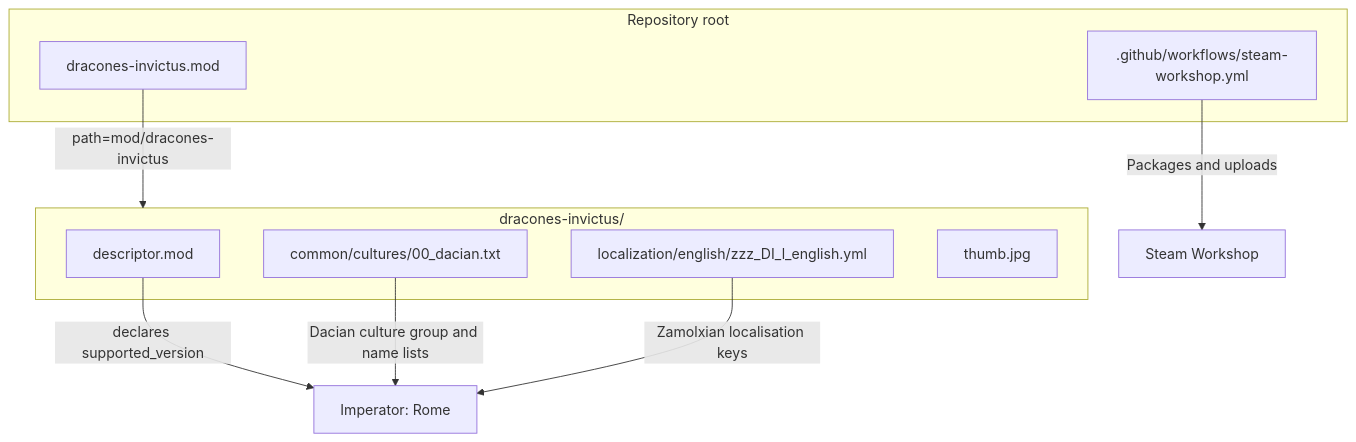
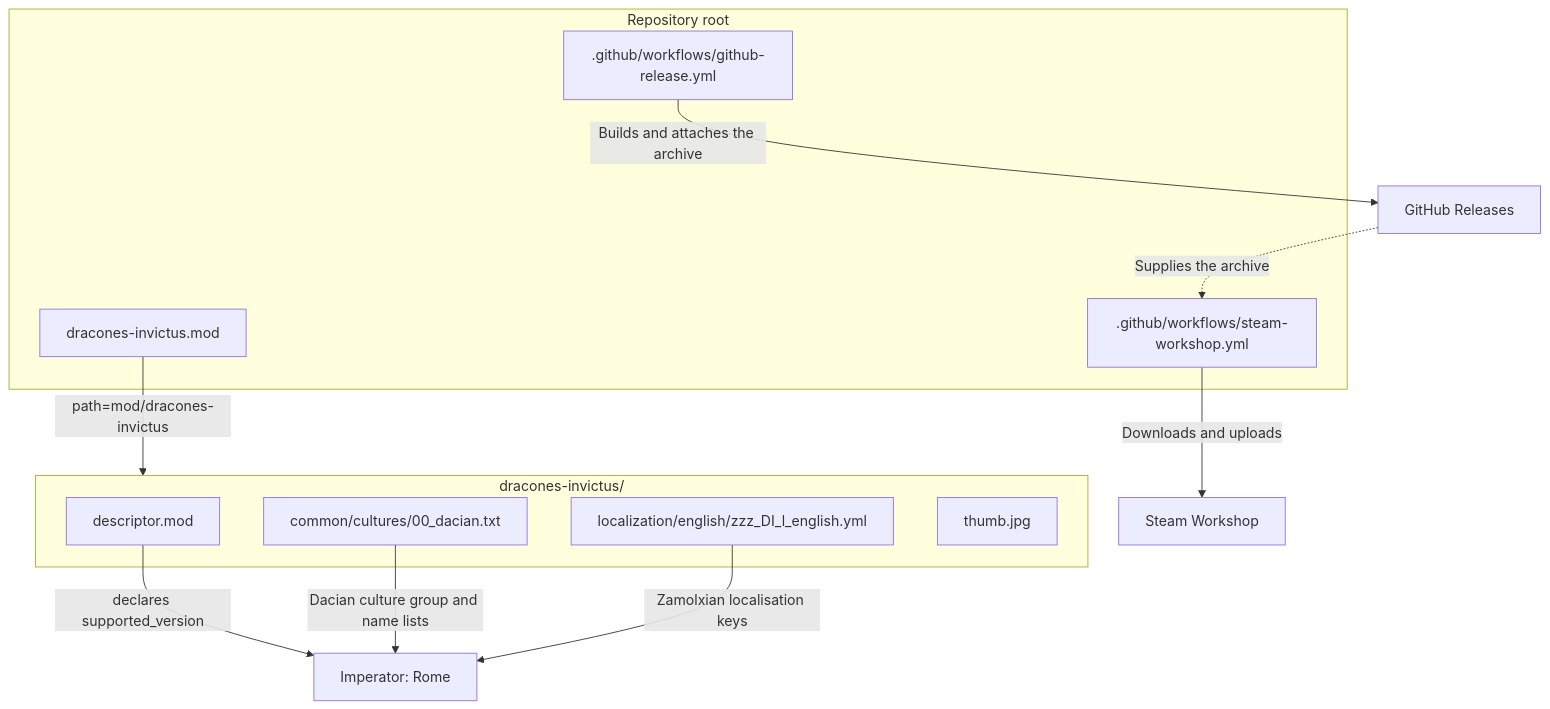
One commit to hmlendea/imperator-dracones-invictus changed the second of 5 diagrams in ARCHITECTURE.md. Above: the diagram before and after it, drawn with Mermaid. The commit also changed other lines of this file and 23 other files, not shown here.

Commit message:
ci: Created the GitHub Release workflow

````diff
--- a/ARCHITECTURE.md
+++ b/ARCHITECTURE.md
@@ -75,18 +75,21 @@
 ```mermaid
 flowchart TB
     subgraph Mod[dracones-invictus/]
         Descriptors[descriptor.mod]
         Cultures[common/cultures/00_dacian.txt]
         Loc[localization/english/zzz_DI_l_english.yml]
         Thumb[thumb.jpg]
     end
     subgraph Repo[Repository root]
         RootMod[dracones-invictus.mod]
+        ReleaseWorkflow[.github/workflows/github-release.yml]
         Workflow[.github/workflows/steam-workshop.yml]
     end
     RootMod -->|path=mod/dracones-invictus| Mod
     Descriptors -->|declares supported_version| Game[Imperator: Rome]
     Cultures -->|Dacian culture group and name lists| Game
     Loc -->|Zamolxian localisation keys| Game
-    Workflow -->|Packages and uploads| Workshop[Steam Workshop]
+    ReleaseWorkflow -->|Builds and attaches the archive| Releases[GitHub Releases]
+    Workflow -->|Downloads and uploads| Workshop[Steam Workshop]
+    Releases -.->|Supplies the archive| Workflow
 ```
````
